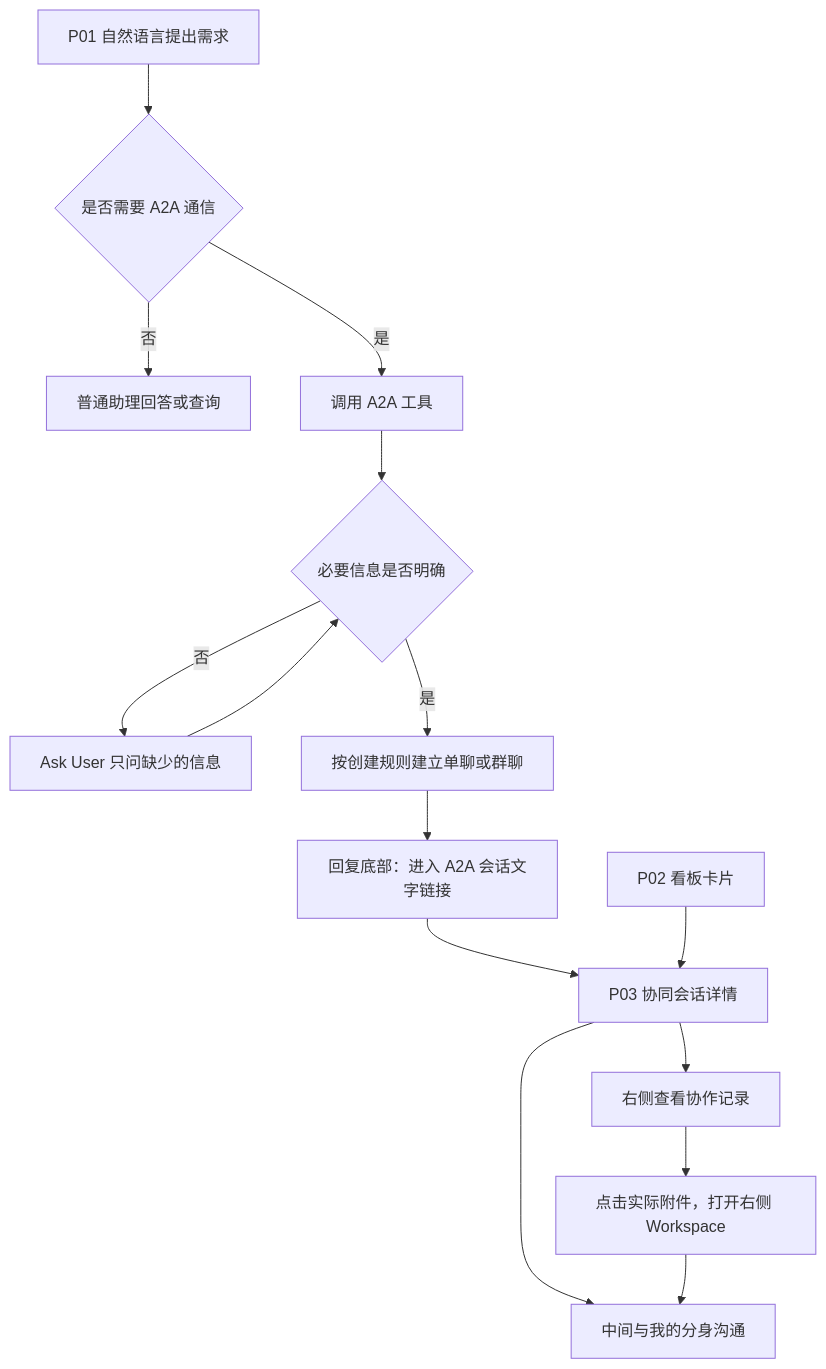
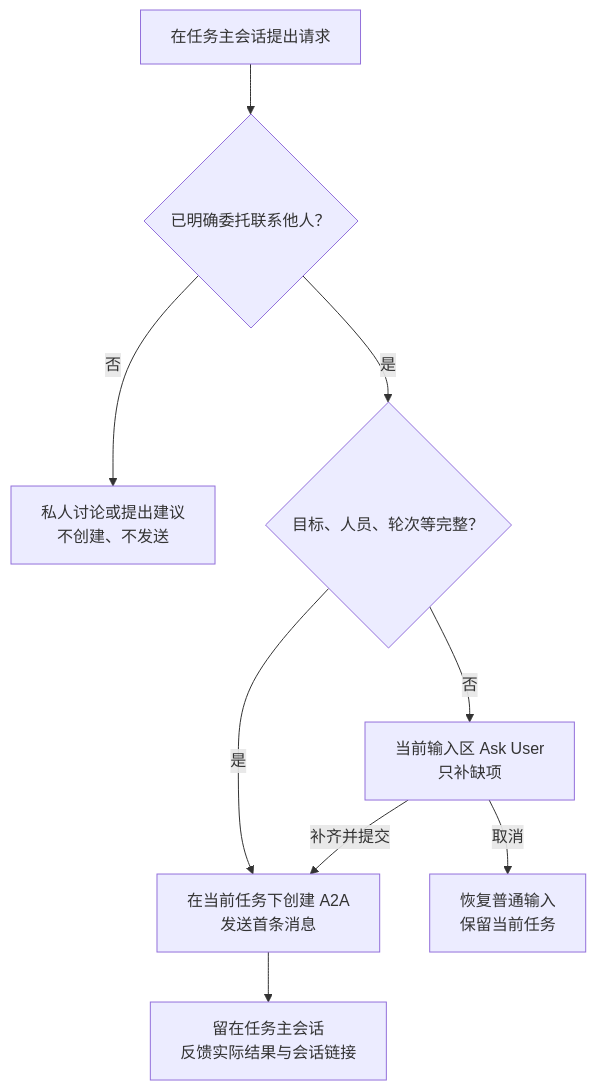
Before and after one commit to ueishinbo/SFZN-AI: the fifth of 7 diagrams in docs/PRD-A2A通信与任务协作-2026年10月版.md, drawn with Mermaid. The commit also changed other lines of this file and 25 other files, not shown here.

````diff
--- a/docs/PRD-A2A通信与任务协作-2026年10月版.md
+++ b/docs/PRD-A2A通信与任务协作-2026年10月版.md
@@ -91,17 +722,11 @@
 ```mermaid
 flowchart TD
-    A[P01 自然语言提出需求] --> B{是否需要 A2A 通信}
-    B -->|否| C[普通助理回答或查询]
-    B -->|是| D[调用 A2A 工具]
-    D --> E{必要信息是否明确}
-    E -->|否| F[Ask User 只问缺少的信息]
-    F --> E
-    E -->|是| G[按创建规则建立单聊或群聊]
-    G --> H[回复底部：进入 A2A 会话文字链接]
-    H --> I[P03 协同会话详情]
-    J[P02 看板卡片] --> I
-    I --> K[右侧查看协作记录]
-    I --> L[中间与我的分身沟通]
-    K --> M[点击实际附件，打开右侧 Workspace]
-    M --> L
+    A["在任务主会话提出请求"] --> B{"已明确委托联系他人？"}
+    B -->|否| C["私人讨论或提出建议<br/>不创建、不发送"]
+    B -->|是| D{"目标、人员、轮次等完整？"}
+    D -->|是| F["在当前任务下创建 A2A<br/>发送首条消息"]
+    D -->|否| E["当前输入区 Ask User<br/>只补缺项"]
+    E -->|补齐并提交| F
+    E -->|取消| G["恢复普通输入<br/>保留当前任务"]
+    F --> H["留在任务主会话<br/>反馈实际结果与会话链接"]
 ```
````
